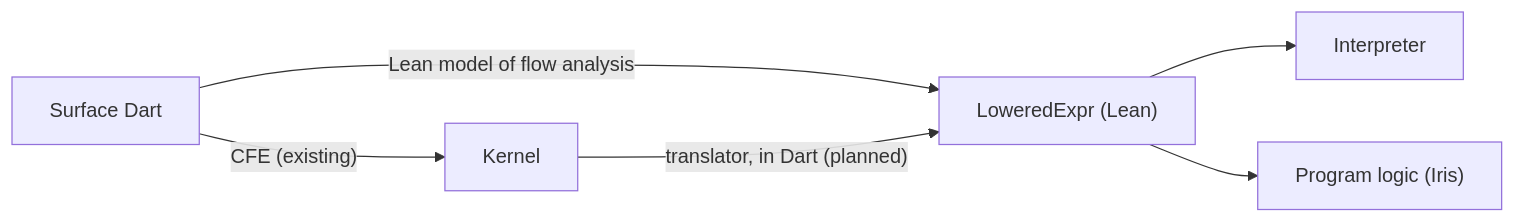
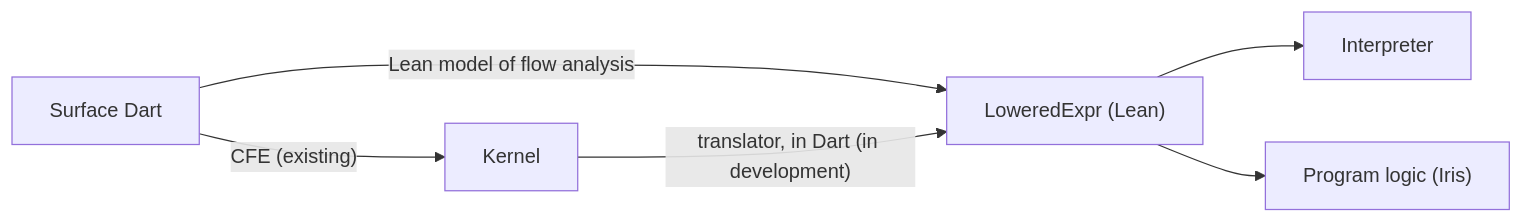
One commit to stereotype441/language changed the first of 2 diagrams in lean/README.md. Above: the diagram before and after it, drawn with Mermaid. The commit also changed other lines of this file and 3 other files, not shown here.

First line of the commit message:
Lean: prove flow analysis sound end to end

````diff
--- a/lean/README.md
+++ b/lean/README.md
@@ -26,8 +26,8 @@
 ```mermaid
 flowchart LR
   S["Surface Dart"] -- "CFE (existing)" --> K["Kernel"]
   S -- "Lean model of flow analysis" --> L["LoweredExpr (Lean)"]
-  K -- "translator, in Dart (planned)" --> L
+  K -- "translator, in Dart (in development)" --> L
   L --> I["Interpreter"]
   L --> P["Program logic (Iris)"]
 ```
````
